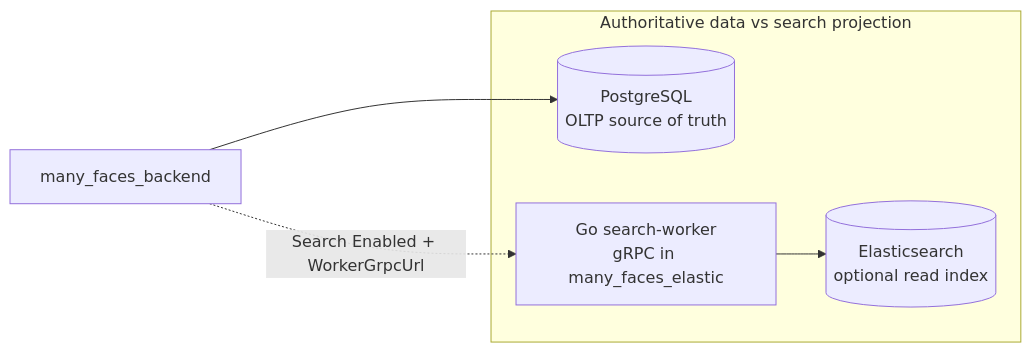
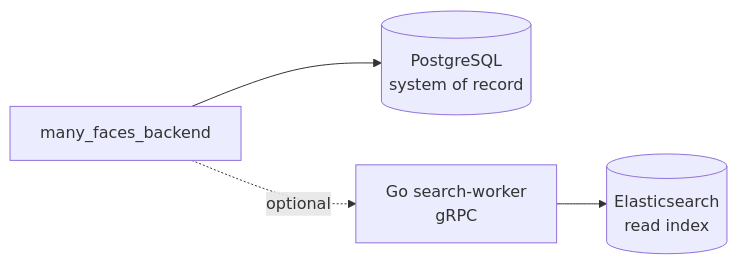
One commit to 01laky/mfai_demo changed the third of 12 diagrams in README.md. Above: the diagram before and after it, drawn with Mermaid. The commit also changed other lines of this file, not shown here.

First line of the commit message:
docs(readme): surface Elasticsearch + search-worker with dedicated section and diagrams

````diff
--- a/README.md
+++ b/README.md
@@ -76,12 +106,11 @@
 ```mermaid
 flowchart LR
-    subgraph roles["Authoritative data vs search projection"]
-        pg[(PostgreSQL<br/>OLTP source of truth)]
-        es[(Elasticsearch<br/>optional read index)]
-        sw[Go search-worker<br/>gRPC in many_faces_elastic]
-    end
+    pg[(PostgreSQL<br/>system of record)]
+    es[(Elasticsearch<br/>read index)]
+    sw2[Go search-worker<br/>gRPC]
+    be2[many_faces_backend]
 
-    be["many_faces_backend"] --> pg
-    be -.->|"Search Enabled + WorkerGrpcUrl"| sw
-    sw --> es
+    be2 --> pg
+    be2 -.->|optional| sw2
+    sw2 --> es
 ```
````
